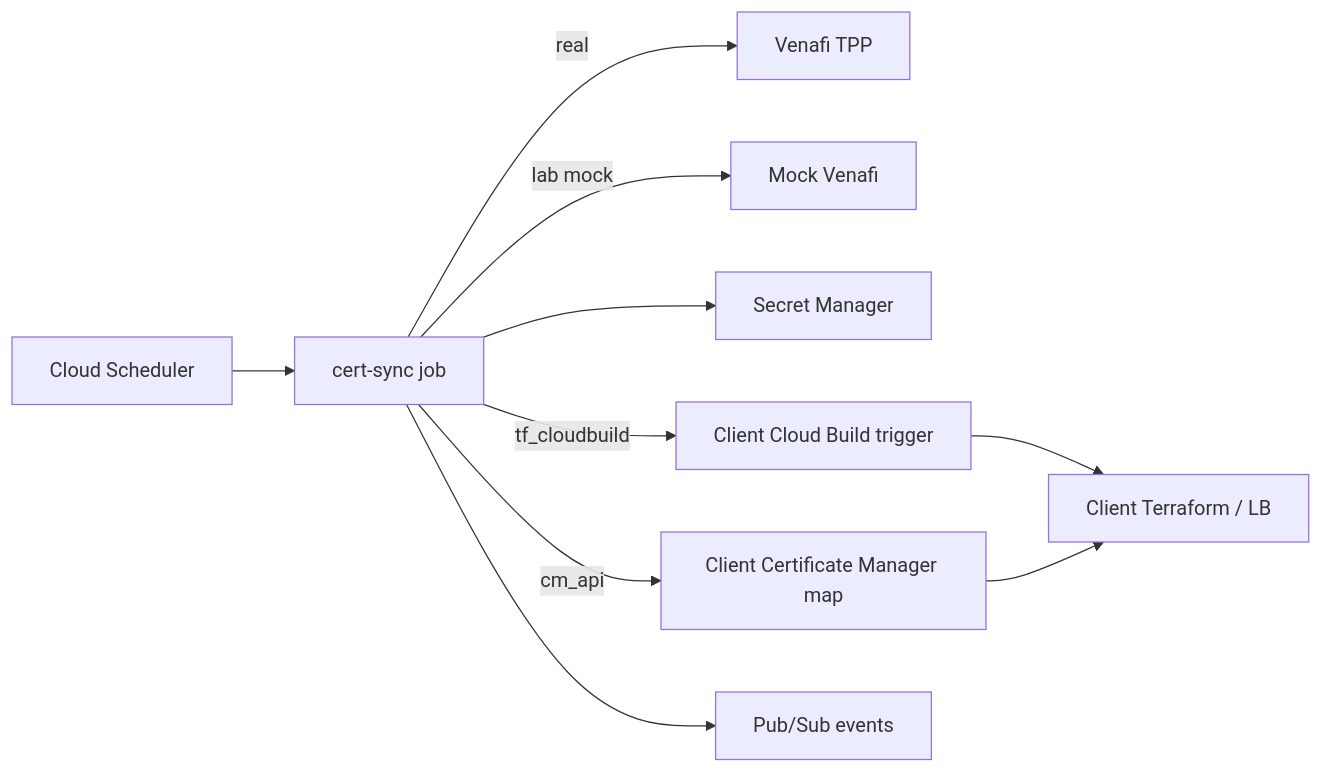
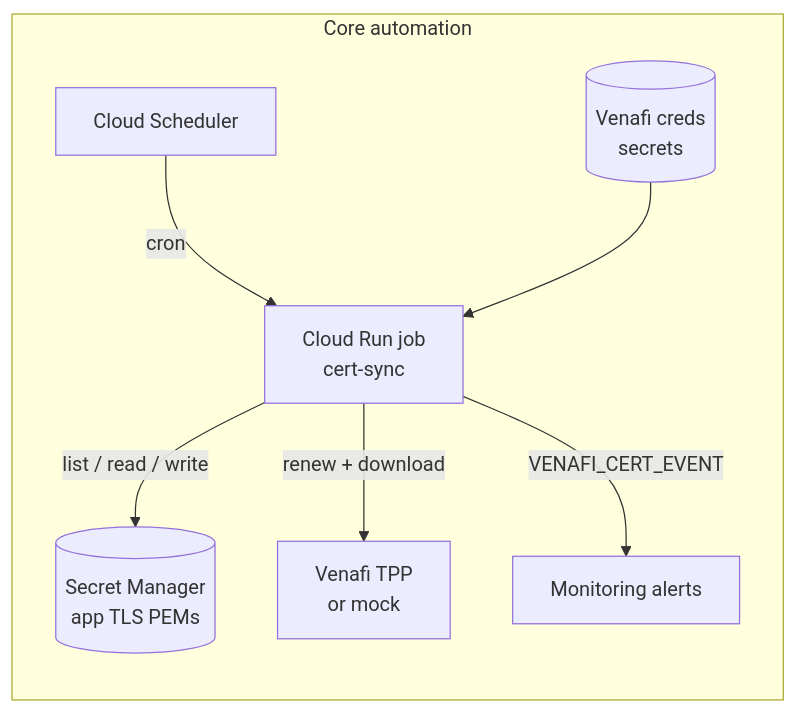
Before and after one commit to Terra-GCP/venafi-cert-automation: the first of 3 diagrams in README.md, drawn with Mermaid. The commit also changed other lines of this file and 100 other files, not shown here.

````diff
--- a/README.md
+++ b/README.md
@@ -74,12 +22,17 @@
 ```mermaid
 flowchart LR
-  Sched[Cloud Scheduler] --> Job[cert-sync job]
-  Job -->|real| TPP[Venafi TPP]
-  Job -->|lab mock| Mock[Mock Venafi]
-  Job --> SM[Secret Manager]
-  Job -->|cm_api| CM[Client Certificate Manager map]
-  Job -->|tf_cloudbuild| CB[Client Cloud Build trigger]
-  CB --> ClientTF[Client Terraform / LB]
-  CM --> ClientTF
-  Job --> PS[Pub/Sub events]
+  subgraph core [Core automation]
+    SCH[Cloud Scheduler]
+    JOB[Cloud Run job<br/>cert-sync]
+    SM[(Secret Manager<br/>app TLS PEMs)]
+    CRED[(Venafi creds<br/>secrets)]
+    VEN[Venafi TPP<br/>or mock]
+    MON[Monitoring alerts]
+  end
+
+  SCH -->|cron| JOB
+  CRED --> JOB
+  JOB -->|list / read / write| SM
+  JOB -->|renew + download| VEN
+  JOB -->|VENAFI_CERT_EVENT| MON
 ```
````
